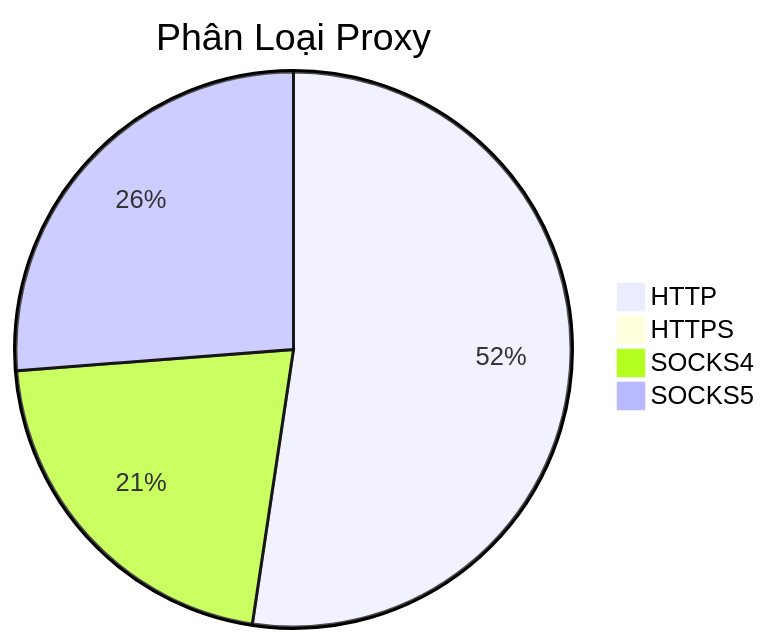
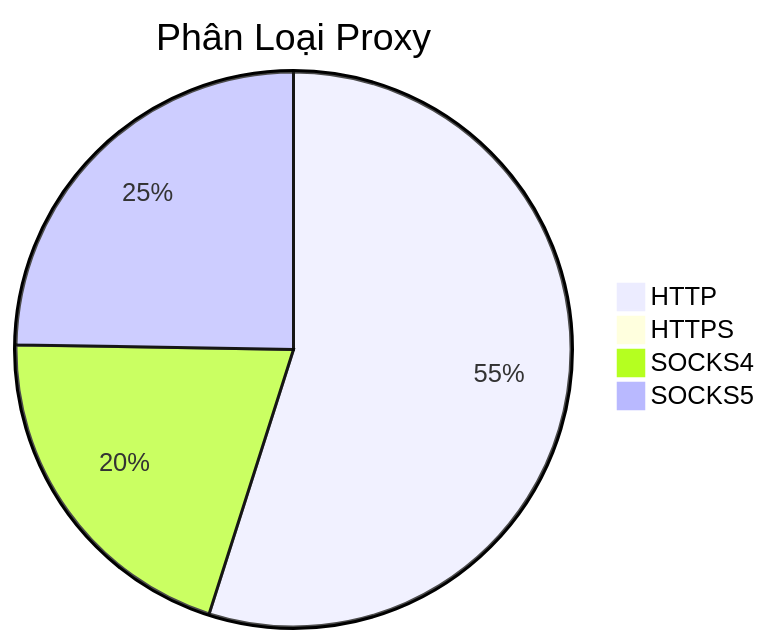
One commit to Ciara-12/PROXY-free changed the diagram in README.md. Above: the diagram before and after it, drawn with Mermaid. The commit also changed other lines of this file and 4 other files, not shown here.

````diff
--- a/README.md
+++ b/README.md
@@ -26,7 +26,7 @@
 ```mermaid
 pie title Phân Loại Proxy
-    "HTTP" : 707
+    "HTTP" : 726
     "HTTPS" : 1
-    "SOCKS4" : 289
-    "SOCKS5" : 354
+    "SOCKS4" : 269
+    "SOCKS5" : 327
 ```
````
